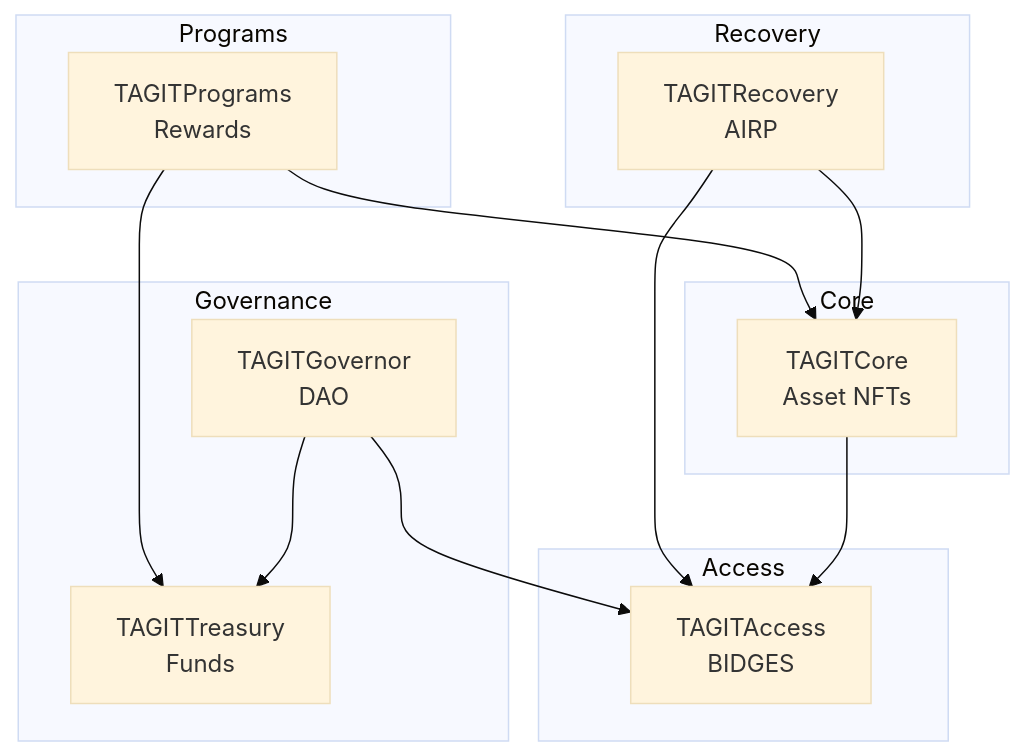
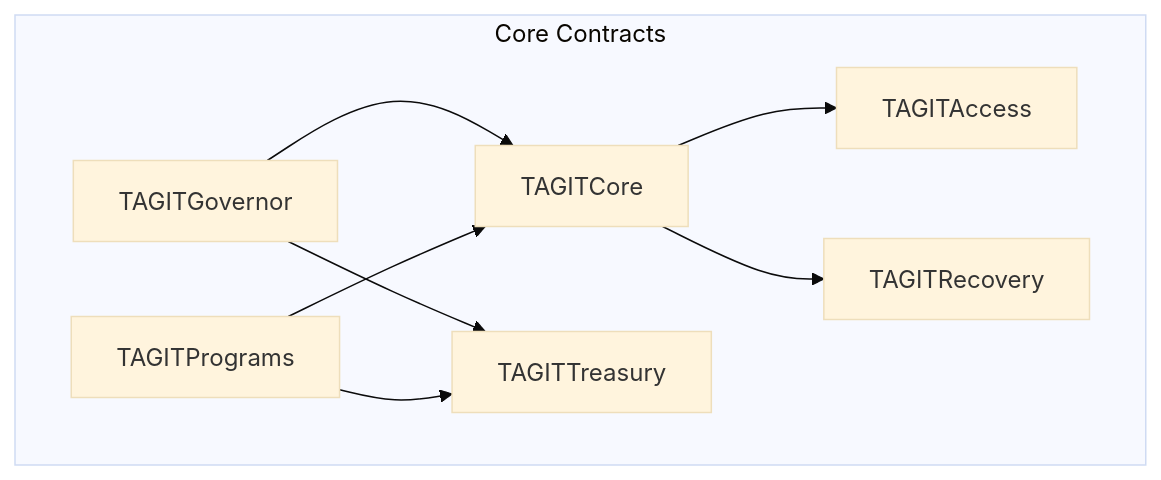
The first of 2 diagrams in docs/contracts/index.md (TAG-IT-NETWORK/tagit-docs), drawn with Mermaid (base theme) before and after one commit. The commit also changed other lines of this file and 8 other files, not shown here.

First line of the commit message:
docs: Phase 2 Core Scaffold - Architecture, Contracts, Glossary

````diff
--- a/docs/contracts/index.md
+++ b/docs/contracts/index.md
@@ -20,31 +12,18 @@
 ```mermaid
-graph TB
-    subgraph Core
-        TAGITCore[TAGITCore<br/>Asset NFTs]
+flowchart TB
+    subgraph "Core Contracts"
+        A[TAGITCore]
+        B[TAGITAccess]
+        C[TAGITRecovery]
+        D[TAGITGovernor]
+        E[TAGITTreasury]
+        F[TAGITPrograms]
     end
 
-    subgraph Access
-        TAGITAccess[TAGITAccess<br/>BIDGES]
-    end
-
-    subgraph Recovery
-        TAGITRecovery[TAGITRecovery<br/>AIRP]
-    end
-
-    subgraph Governance
-        TAGITGovernor[TAGITGovernor<br/>DAO]
-        TAGITTreasury[TAGITTreasury<br/>Funds]
-    end
-
-    subgraph Programs
-        TAGITPrograms[TAGITPrograms<br/>Rewards]
-    end
-
-    TAGITCore --> TAGITAccess
-    TAGITRecovery --> TAGITCore
-    TAGITRecovery --> TAGITAccess
-    TAGITGovernor --> TAGITTreasury
-    TAGITGovernor --> TAGITAccess
-    TAGITPrograms --> TAGITCore
-    TAGITPrograms --> TAGITTreasury
+    A --> B
+    A --> C
+    D --> A
+    D --> E
+    F --> A
+    F --> E
 ```
````
